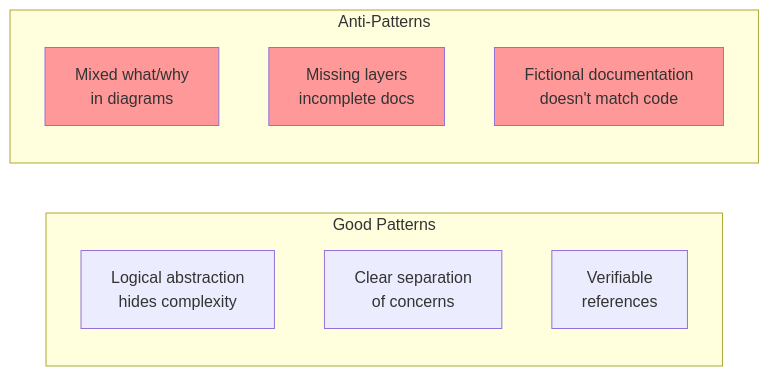
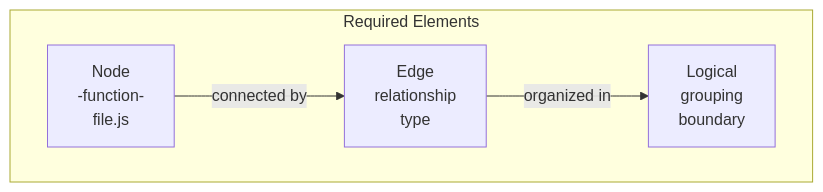
The second of 2 diagrams in guidelines/sip-development-documentation-guidelines.md (tdemelle-SiP/.claude), drawn with Mermaid before and after one commit. The commit also changed other lines of this file and 2 other files, not shown here.

Commit message:
major documentation guidelines and sip printify exteions guidelinees refactor

````diff
--- a/guidelines/sip-development-documentation-guidelines.md
+++ b/guidelines/sip-development-documentation-guidelines.md
@@ -527,18 +100,11 @@
 ```mermaid
-graph LR
-    subgraph "Good Patterns"
-        Abstraction[Logical abstraction<br/>hides complexity]
-        Separation[Clear separation<br/>of concerns]
-        Verification[Verifiable<br/>references]
+graph 
+    subgraph "Required Elements"
+        Node[Node<br/>-function-<br/>file.js]
+        Edge[Edge<br/>relationship<br/>type]
+        Group[Logical<br/>grouping<br/>boundary]
     end
     
-    subgraph "Anti-Patterns"
-        Mixed[Mixed what/why<br/>in diagrams]
-        Missing[Missing layers<br/>incomplete docs]
-        Fiction[Fictional documentation<br/>doesn't match code]
-    end
-    
-    style Mixed fill:#f99
-    style Missing fill:#f99
-    style Fiction fill:#f99
+    Node -->|connected by| Edge
+    Edge -->|organized in| Group
 ```
````
